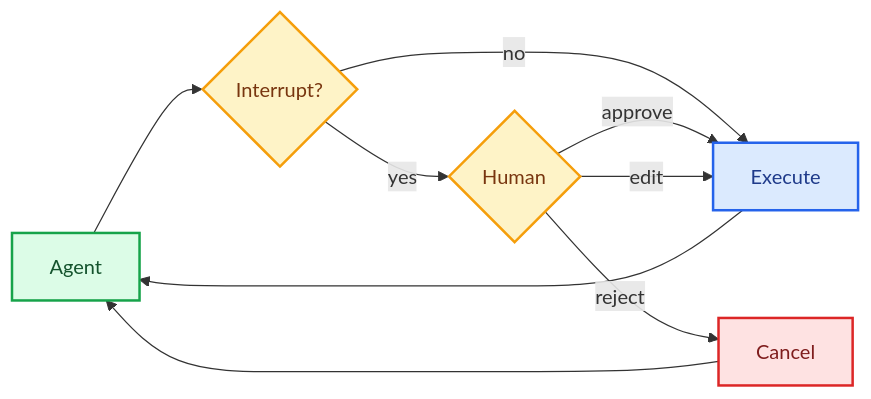
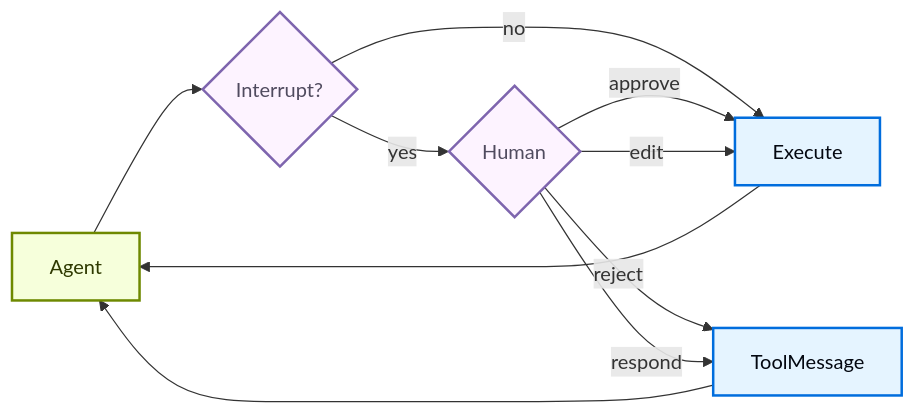
One commit to kunfan96/cndocs-langchain changed the diagram in oss/javascript/deepagents/human-in-the-loop.mdx. Above: the diagram before and after it, drawn with Mermaid. The commit also changed other lines of this file and 2538 other files, not shown here.

````diff
--- a/oss/javascript/deepagents/human-in-the-loop.mdx
+++ b/oss/javascript/deepagents/human-in-the-loop.mdx
@@ -11,23 +11,24 @@
 ```mermaid
 graph LR
     Agent[Agent] --> Check{Interrupt?}
     Check --> |no| Execute[Execute]
     Check --> |yes| Human{Human}
 
     Human --> |approve| Execute
     Human --> |edit| Execute
-    Human --> |reject| Cancel[Cancel]
+    Human --> |reject| ToolMessage[ToolMessage]
+    Human --> |respond| ToolMessage
 
     Execute --> Agent
-    Cancel --> Agent
+    ToolMessage --> Agent
 
-    classDef trigger fill:#DCFCE7,stroke:#16A34A,stroke-width:2px,color:#14532D
-    classDef process fill:#DBEAFE,stroke:#2563EB,stroke-width:2px,color:#1E3A8A
-    classDef decision fill:#FEF3C7,stroke:#F59E0B,stroke-width:2px,color:#78350F
-    classDef alert fill:#FEE2E2,stroke:#DC2626,stroke-width:2px,color:#7F1D1D
+    classDef trigger fill:#F6FFDB,stroke:#6E8900,stroke-width:2px,color:#2E3900
+    classDef process fill:#E5F4FF,stroke:#006DDD,stroke-width:2px,color:#030710
+    classDef decision fill:#FDF3FF,stroke:#7E65AE,stroke-width:2px,color:#504B5F
+    classDef alert fill:#F8E8E6,stroke:#B27D75,stroke-width:2px,color:#634643
 
     class Agent trigger
     class Check,Human decision
     class Execute process
-    class Cancel alert
+    class ToolMessage process
 ```
````
